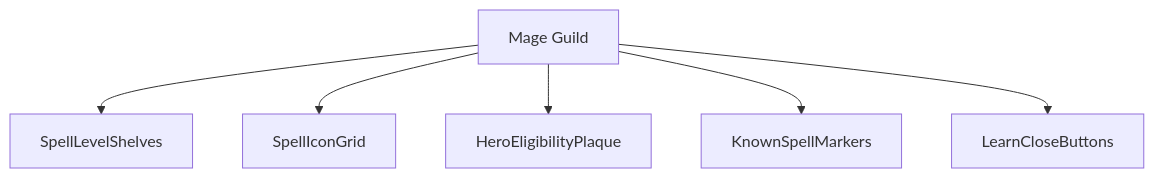
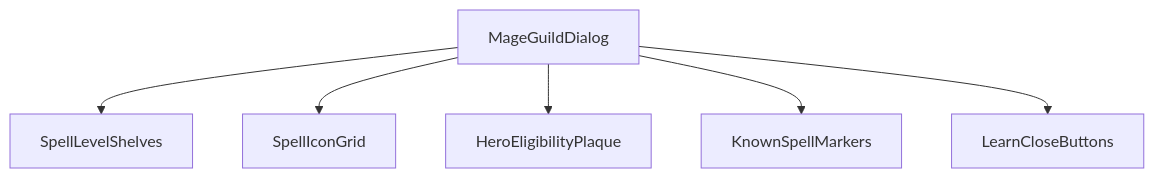
Before and after one commit to SunaNoOshiro/Heroes_Reforged_AI_Realms: the first of 5 diagrams in docs/architecture/wiki/screens/29-mage-guild/architecture.md, drawn with Mermaid. The commit also changed other lines of this file and 518 other files, not shown here.

First line of the commit message:
Add doc-audit skill and sweep architecture/screen docs

````diff
--- a/docs/architecture/wiki/screens/29-mage-guild/architecture.md
+++ b/docs/architecture/wiki/screens/29-mage-guild/architecture.md
@@ -16,14 +26,9 @@
 ```mermaid
 flowchart TD
-  Root["Mage Guild"]
-  C0["SpellLevelShelves"]
-  Root --> C0
-  C1["SpellIconGrid"]
-  Root --> C1
-  C2["HeroEligibilityPlaque"]
-  Root --> C2
-  C3["KnownSpellMarkers"]
-  Root --> C3
-  C4["LearnCloseButtons"]
-  Root --> C4
+  Root["MageGuildDialog"]
+  Root --> C0["SpellLevelShelves"]
+  Root --> C1["SpellIconGrid"]
+  Root --> C2["HeroEligibilityPlaque"]
+  Root --> C3["KnownSpellMarkers"]
+  Root --> C4["LearnCloseButtons"]
 ```
````
